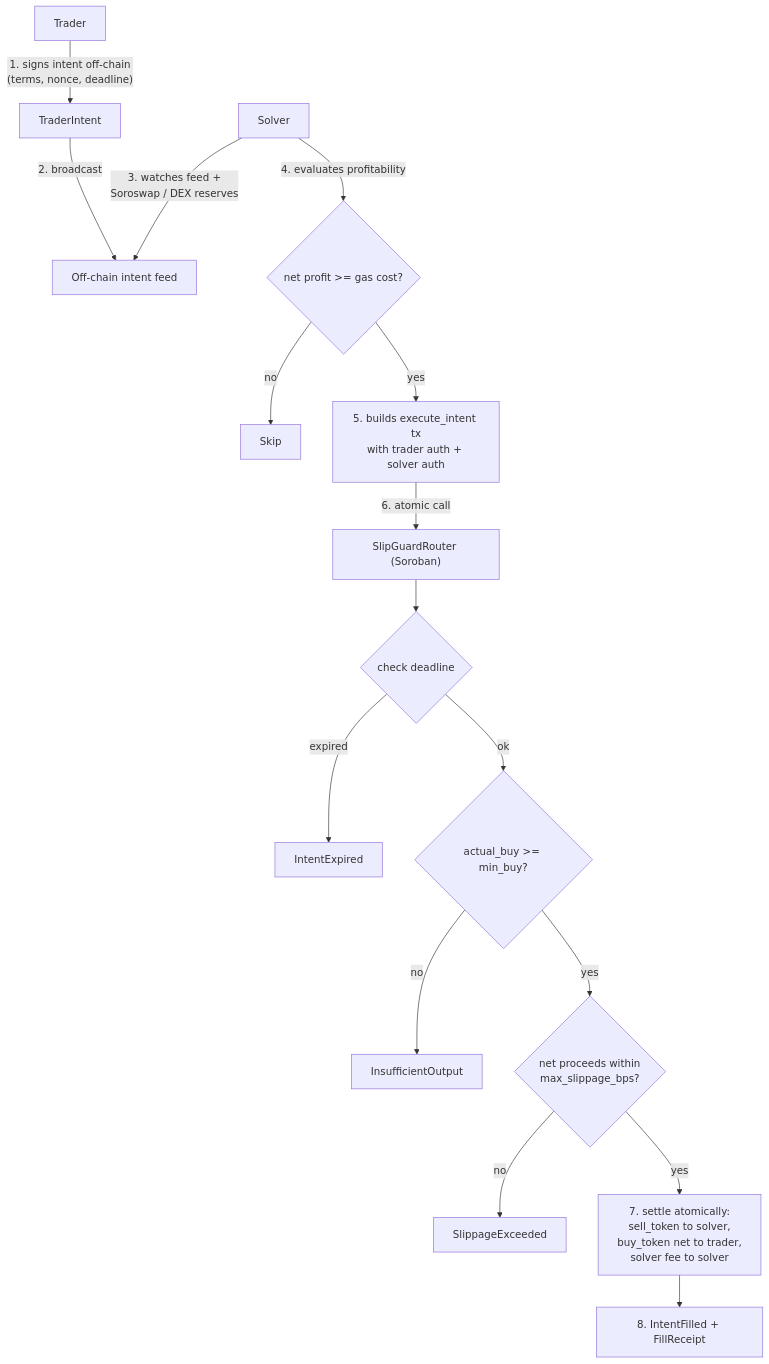
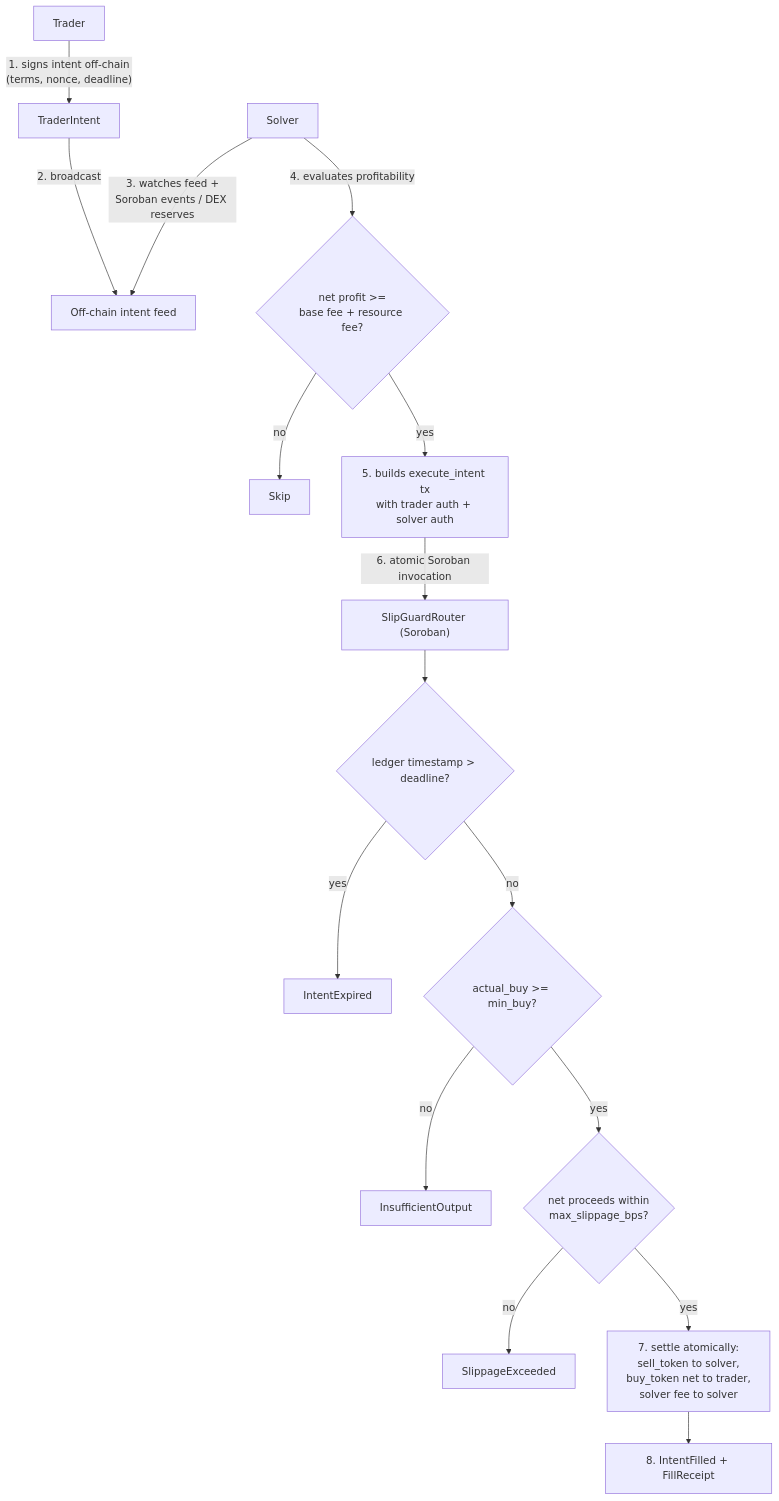
The diagram in README.md (SlipGuard-HQ/stellar-slipguard), drawn with Mermaid before and after one commit. The commit also changed other lines of this file and 32 other files, not shown here.

````diff
--- a/README.md
+++ b/README.md
@@ -26,18 +46,18 @@
 ```mermaid
 flowchart TD
     T["Trader"] -->|"1. signs intent off-chain<br/>(terms, nonce, deadline)"| I["TraderIntent"]
     I -->|"2. broadcast"| B["Off-chain intent feed"]
-    S["Solver"] -->|"3. watches feed +<br/>Soroswap / DEX reserves"| B
-    S -->|"4. evaluates profitability"| E{"net profit >= gas cost?"}
+    S["Solver"] -->|"3. watches feed +<br/>Soroban events / DEX reserves"| B
+    S -->|"4. evaluates profitability"| E{"net profit >=<br/>base fee + resource fee?"}
     E -->|"no"| X["Skip"]
     E -->|"yes"| TX["5. builds execute_intent tx<br/>with trader auth + solver auth"]
-    TX -->|"6. atomic call"| R["SlipGuardRouter (Soroban)"]
-    R --> C1{"check deadline"}
-    C1 -->|"expired"| R1["IntentExpired"]
-    C1 -->|"ok"| C2{"actual_buy >= min_buy?"}
+    TX -->|"6. atomic Soroban invocation"| R["SlipGuardRouter (Soroban)"]
+    R --> C1{"ledger timestamp > deadline?"}
+    C1 -->|"yes"| R1["IntentExpired"]
+    C1 -->|"no"| C2{"actual_buy >= min_buy?"}
     C2 -->|"no"| R2["InsufficientOutput"]
     C2 -->|"yes"| C3{"net proceeds within<br/>max_slippage_bps?"}
     C3 -->|"no"| R3["SlippageExceeded"]
     C3 -->|"yes"| SET["7. settle atomically:<br/>sell_token to solver,<br/>buy_token net to trader,<br/>solver fee to solver"]
     SET --> EV["8. IntentFilled + FillReceipt"]
 ```
````
